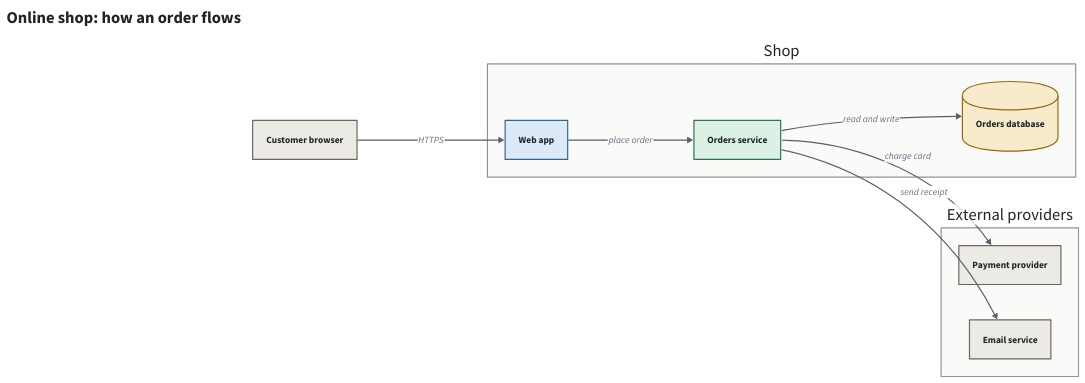
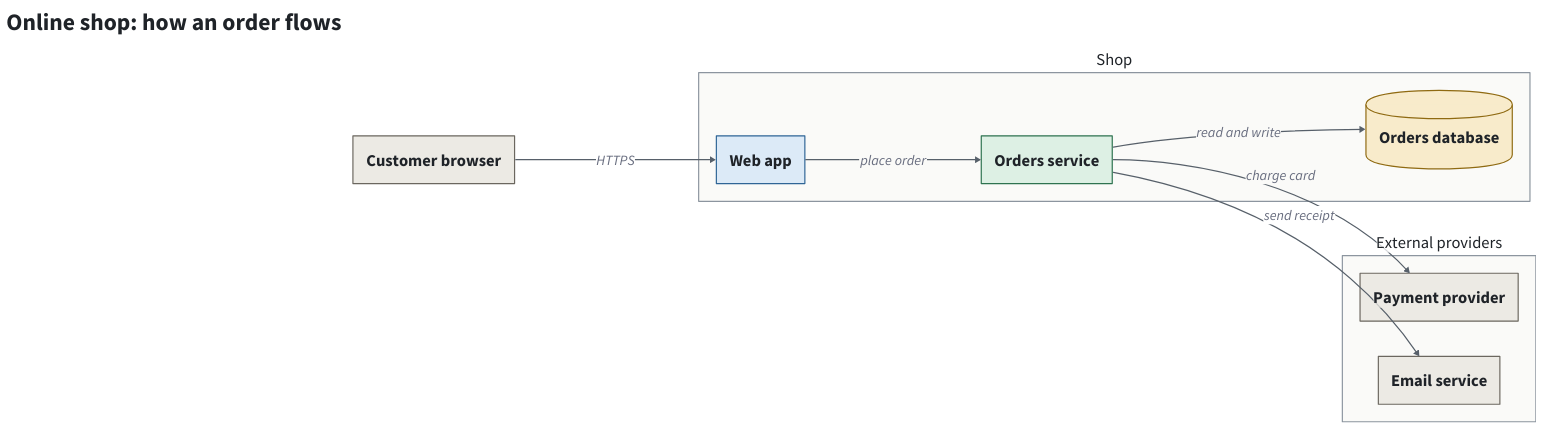
The diagram in checks/architecture.d2 (asabirov/diagrams-skill), drawn with D2 before and after one commit. The commit also changed 2 other files, not shown here.

```diff
--- a/checks/architecture.d2
+++ b/checks/architecture.d2
@@ -1,44 +1,47 @@
 # Online shop architecture: the same diagram as checks/architecture.mmd.
 direction: right
 (** -> **)[*].style.stroke: "#57606A"
 (** <-> **)[*].style.stroke: "#57606A"
+(** -> **)[*].style.font-size: 24
+(** <-> **)[*].style.font-size: 24
+**.style.font-size: 28
 
 title: "Online shop: how an order flows" {
   near: top-left
   shape: text
-  style: {font-size: 28; bold: true; font-color: "#1F2328"}
+  style: {font-size: 40; bold: true; font-color: "#1F2328"}
 }
 
 classes: {
   # outside: people, browsers and other companies' systems
   outside: {style: {fill: "#ECEAE4"; stroke: "#6B675F"; font-color: "#1F2328"}}
   # way in: what first receives a request, such as a web app, API or queue
   way-in: {style: {fill: "#DCEAF7"; stroke: "#2F6596"; font-color: "#1F2328"}}
   # core: the services and jobs that do the work
   core: {style: {fill: "#DDF0E4"; stroke: "#2E7350"; font-color: "#1F2328"}}
   # records: databases, files and other stored data
   records: {style: {fill: "#F8EBCB"; stroke: "#8F6A12"; font-color: "#1F2328"}}
   # group: a boundary around boxes, such as a system or a team
   group: {style: {fill: "#FAFAF8"; stroke: "#8C959F"; font-color: "#1F2328"}}
 }
 
 browser: Customer browser {class: outside}
 
 shop: Shop {
   class: group
   web: Web app {class: way-in}
   orders: Orders service {class: core}
   db: Orders database {shape: cylinder; class: records}
   web -> orders: place order
   orders -> db: read and write
 }
 
 external: External providers {
   class: group
   pay: Payment provider {class: outside}
   mail: Email service {class: outside}
 }
 
 browser -> shop.web: HTTPS
 shop.orders -> external.pay: charge card
 shop.orders -> external.mail: send receipt
```
